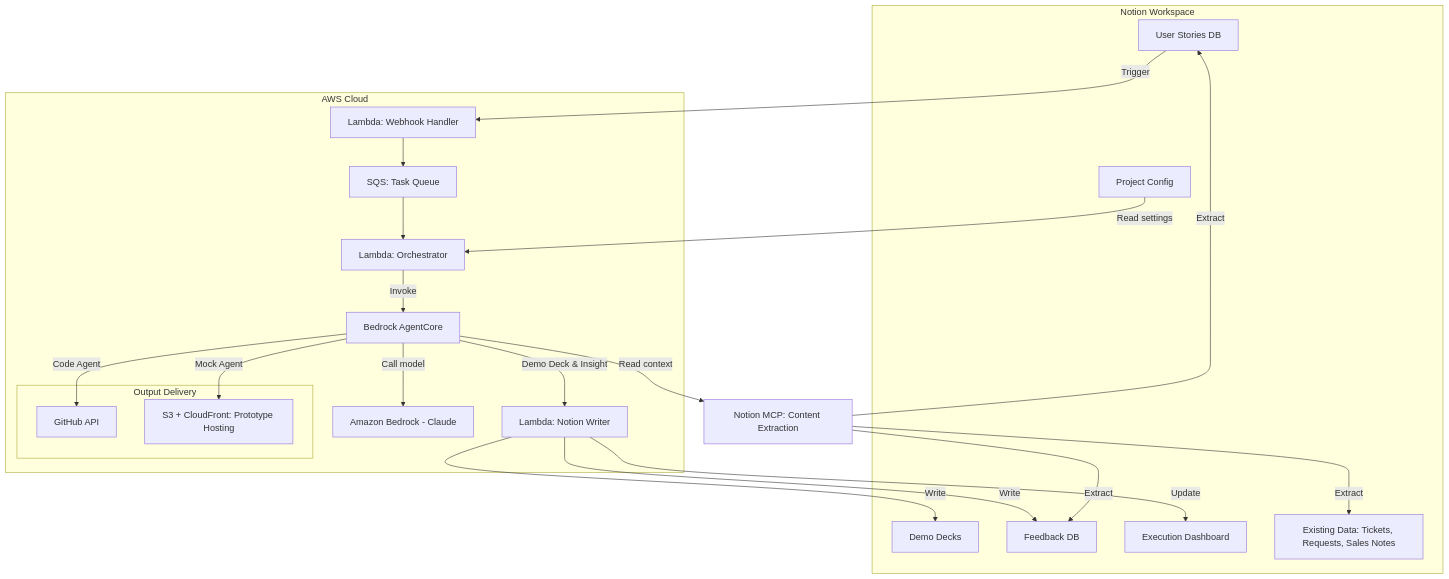
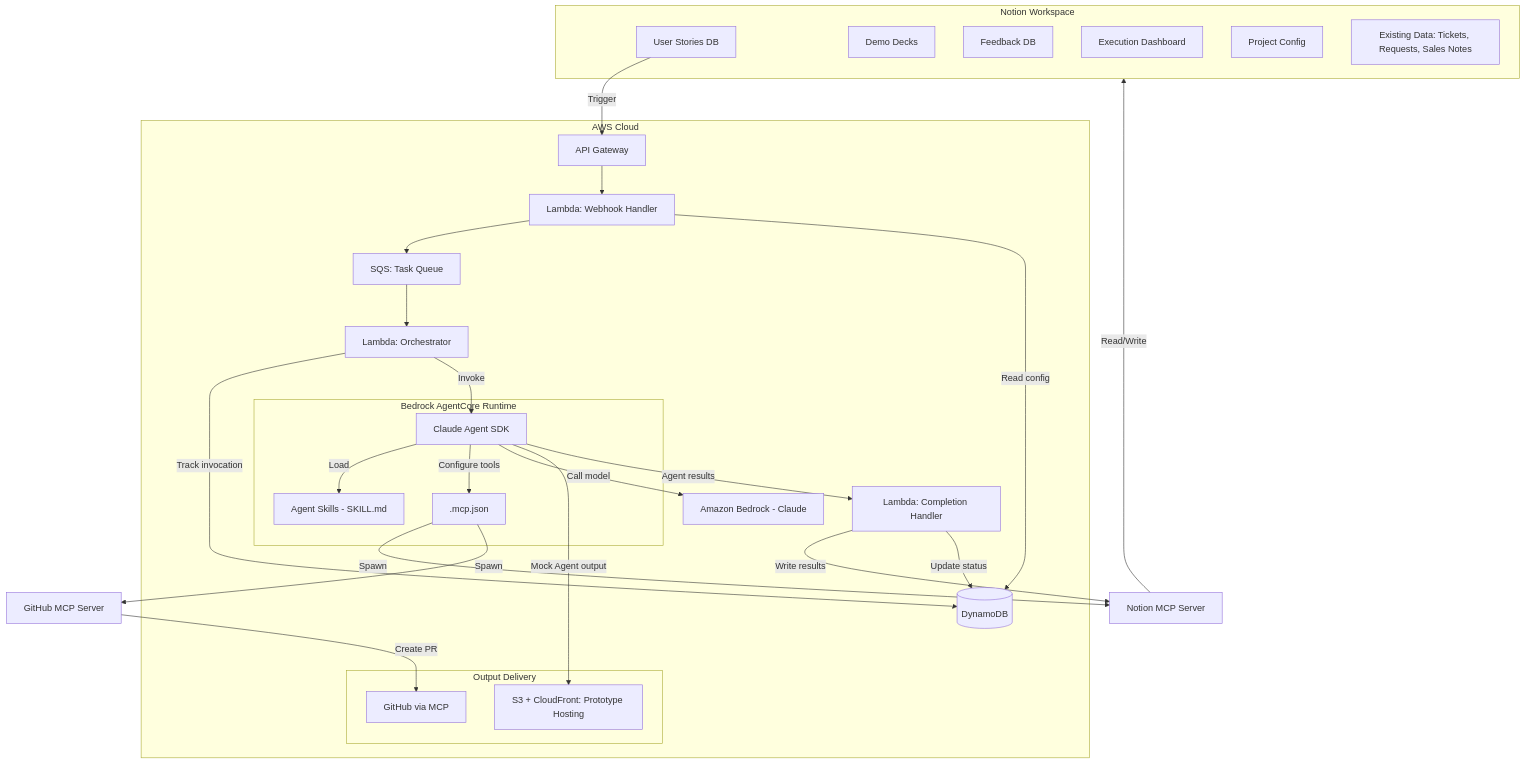
The diagram in README.md (icoxfog417/notion-code), drawn with Mermaid before and after one commit. The commit also changed other lines of this file, not shown here.

First line of the commit message:
docs: Update README to reflect Claude Code ecosystem architecture

````diff
--- a/README.md
+++ b/README.md
@@ -111,46 +139,56 @@
 ```mermaid
 graph TB
     subgraph Notion["Notion Workspace"]
         US[User Stories DB]
         DD[Demo Decks]
         FB[Feedback DB]
         DASH[Execution Dashboard]
         CFG[Project Config]
         EXIST[Existing Data: Tickets, Requests, Sales Notes]
     end
 
     subgraph AWS["AWS Cloud"]
+        APIGW[API Gateway]
         WH[Lambda: Webhook Handler]
         SQS[SQS: Task Queue]
         ORCH[Lambda: Orchestrator]
-        AC[Bedrock AgentCore]
+        DDB[(DynamoDB)]
+
+        subgraph AgentCore["Bedrock AgentCore Runtime"]
+            SDK[Claude Agent SDK]
+            SKILLS[Agent Skills - SKILL.md]
+            MCP_JSON[".mcp.json"]
+        end
+
         BR[Amazon Bedrock - Claude]
-        NW[Lambda: Notion Writer]
+        CH[Lambda: Completion Handler]
 
         subgraph Delivery["Output Delivery"]
-            GH[GitHub API]
+            GH[GitHub via MCP]
             S3[S3 + CloudFront: Prototype Hosting]
         end
     end
 
-    MCP[Notion MCP: Content Extraction]
+    NOTION_MCP[Notion MCP Server]
+    GITHUB_MCP[GitHub MCP Server]
 
-    US -->|Trigger| WH
+    US -->|Trigger| APIGW
+    APIGW --> WH
     WH --> SQS
+    WH -->|Read config| DDB
     SQS --> ORCH
-    ORCH -->|Invoke| AC
-    AC -->|Call model| BR
-    AC -->|Read context| MCP
-    MCP -->|Extract| US
-    MCP -->|Extract| EXIST
-    MCP -->|Extract| FB
+    ORCH -->|Track invocation| DDB
+    ORCH -->|Invoke| SDK
+    SDK -->|Load| SKILLS
+    SDK -->|Configure tools| MCP_JSON
+    SDK -->|Call model| BR
+    MCP_JSON -->|Spawn| NOTION_MCP
+    MCP_JSON -->|Spawn| GITHUB_MCP
+    NOTION_MCP -->|Read/Write| Notion
+    GITHUB_MCP -->|Create PR| GH
 
-    AC -->|Mock Agent| S3
-    AC -->|Demo Deck & Insight| NW
-    AC -->|Code Agent| GH
-    NW -->|Write| DD
-    NW -->|Write| FB
-    NW -->|Update| DASH
-
-    CFG -->|Read settings| ORCH
+    SDK -->|Mock Agent output| S3
+    SDK -->|Agent results| CH
+    CH -->|Write results| NOTION_MCP
+    CH -->|Update status| DDB
 ```
````
